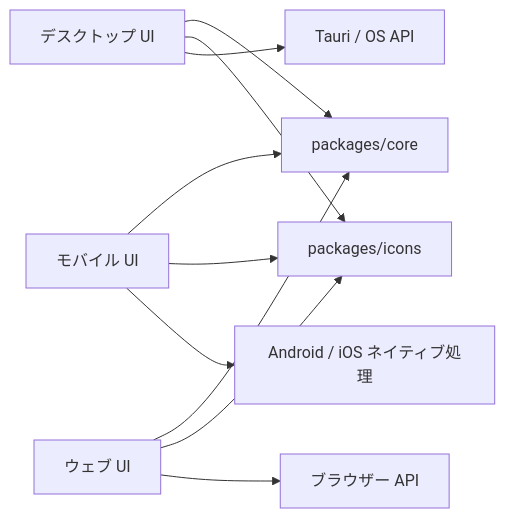
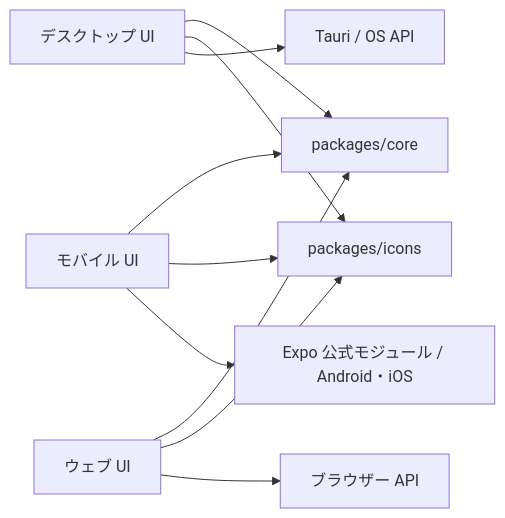
Before and after one commit to OsawaKousei/prelis: the diagram in docs/development/architecture.md, drawn with Mermaid. The commit also changed other lines of this file and 153 other files, not shown here.

````diff
--- a/docs/development/architecture.md
+++ b/docs/development/architecture.md
@@ -35,12 +34,12 @@
 ```mermaid
 flowchart LR
   Desktop[デスクトップ UI] --> Core[packages/core]
   Mobile[モバイル UI] --> Core
   Web[ウェブ UI] --> Core
   Desktop --> Icons[packages/icons]
   Mobile --> Icons
   Web --> Icons
   Desktop --> Tauri[Tauri / OS API]
-  Mobile --> Native[Android / iOS ネイティブ処理]
+  Mobile --> Native[Expo 公式モジュール / Android・iOS]
   Web --> Browser[ブラウザー API]
 ```
````
